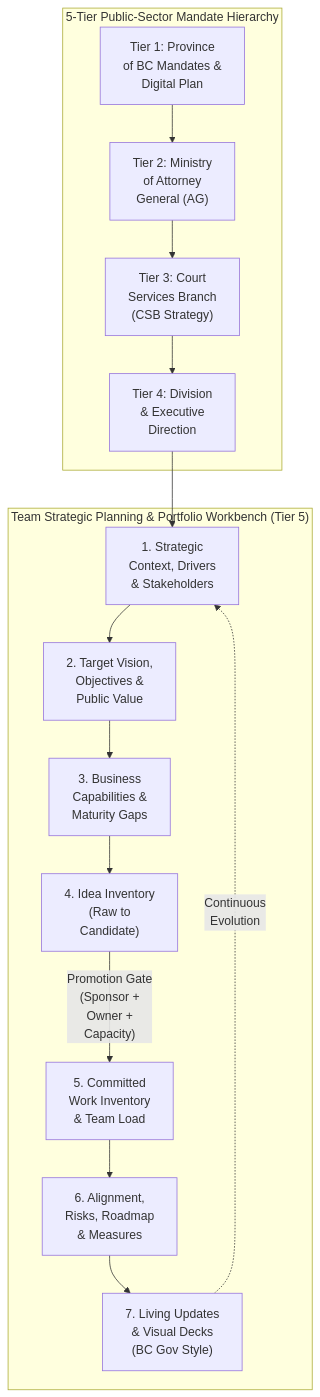
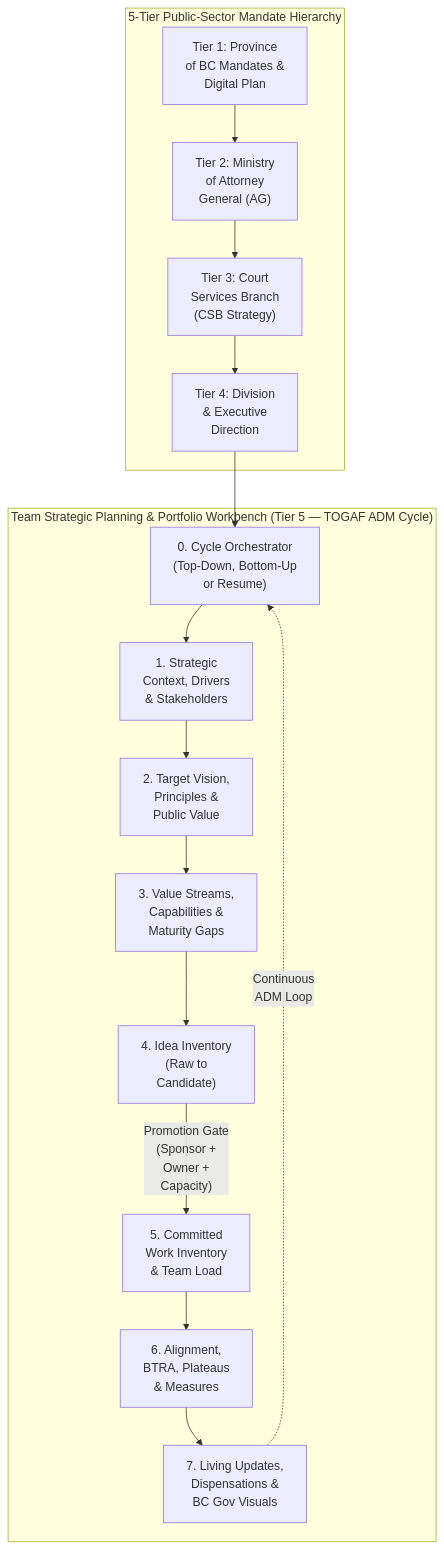
One commit to bcgov/strategic-planning-workbench changed the diagram in README.md. Above: the diagram before and after it, drawn with Mermaid. The commit also changed other lines of this file and 24 other files, not shown here.

Commit message:
Add TOGAF ADM enhancements and running-strategic-planning-cycle orchestrator skill

````diff
--- a/README.md
+++ b/README.md
@@ -15,27 +15,28 @@
 ```mermaid
 flowchart TD
     subgraph H["5-Tier Public-Sector Mandate Hierarchy"]
         T1["Tier 1: Province<br>of BC Mandates &<br>Digital Plan"]
         T2["Tier 2: Ministry<br>of Attorney<br>General (AG)"]
         T3["Tier 3: Court<br>Services Branch<br>(CSB Strategy)"]
         T4["Tier 4: Division<br>& Executive<br>Direction"]
         T1 --> T2 --> T3 --> T4
     end
 
-    subgraph W["Team Strategic Planning & Portfolio Workbench (Tier 5)"]
+    subgraph W["Team Strategic Planning & Portfolio Workbench (Tier 5 — TOGAF ADM Cycle)"]
+        O["0. Cycle Orchestrator<br>(Top-Down, Bottom-Up<br>or Resume)"]
         A["1. Strategic<br>Context, Drivers<br>& Stakeholders"]
-        B["2. Target Vision,<br>Objectives &<br>Public Value"]
-        C["3. Business<br>Capabilities &<br>Maturity Gaps"]
+        B["2. Target Vision,<br>Principles &<br>Public Value"]
+        C["3. Value Streams,<br>Capabilities &<br>Maturity Gaps"]
         D["4. Idea Inventory<br>(Raw to<br>Candidate)"]
         E["5. Committed<br>Work Inventory<br>& Team Load"]
-        F["6. Alignment,<br>Risks, Roadmap<br>& Measures"]
-        G["7. Living Updates<br>& Visual Decks<br>(BC Gov Style)"]
+        F["6. Alignment,<br>BTRA, Plateaus<br>& Measures"]
+        G["7. Living Updates,<br>Dispensations &<br>BC Gov Visuals"]
 
-        A --> B --> C --> D
+        O --> A --> B --> C --> D
         D -->|"Promotion Gate<br>(Sponsor +<br>Owner +<br>Capacity)"| E
         E --> F --> G
-        G -.->|"Continuous<br>Evolution"| A
+        G -.->|"Continuous<br>ADM Loop"| O
     end
 
-    T4 --> A
+    T4 --> O
 ```
````
